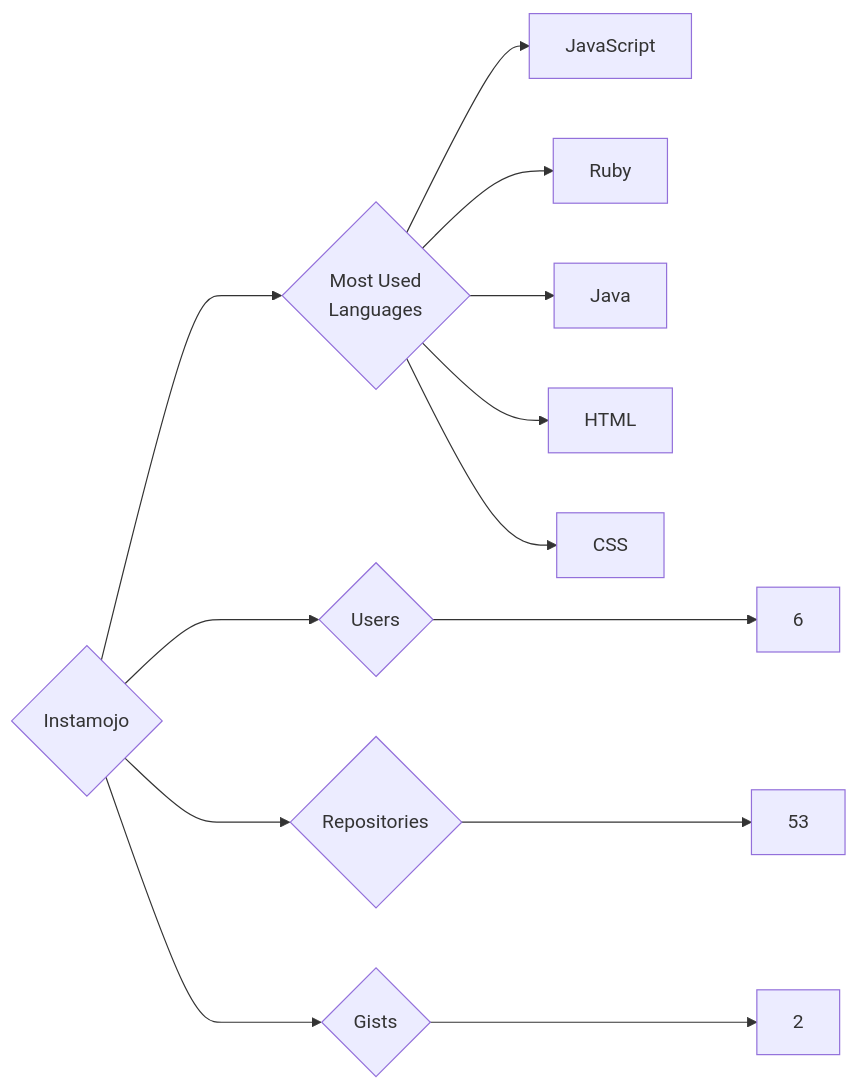
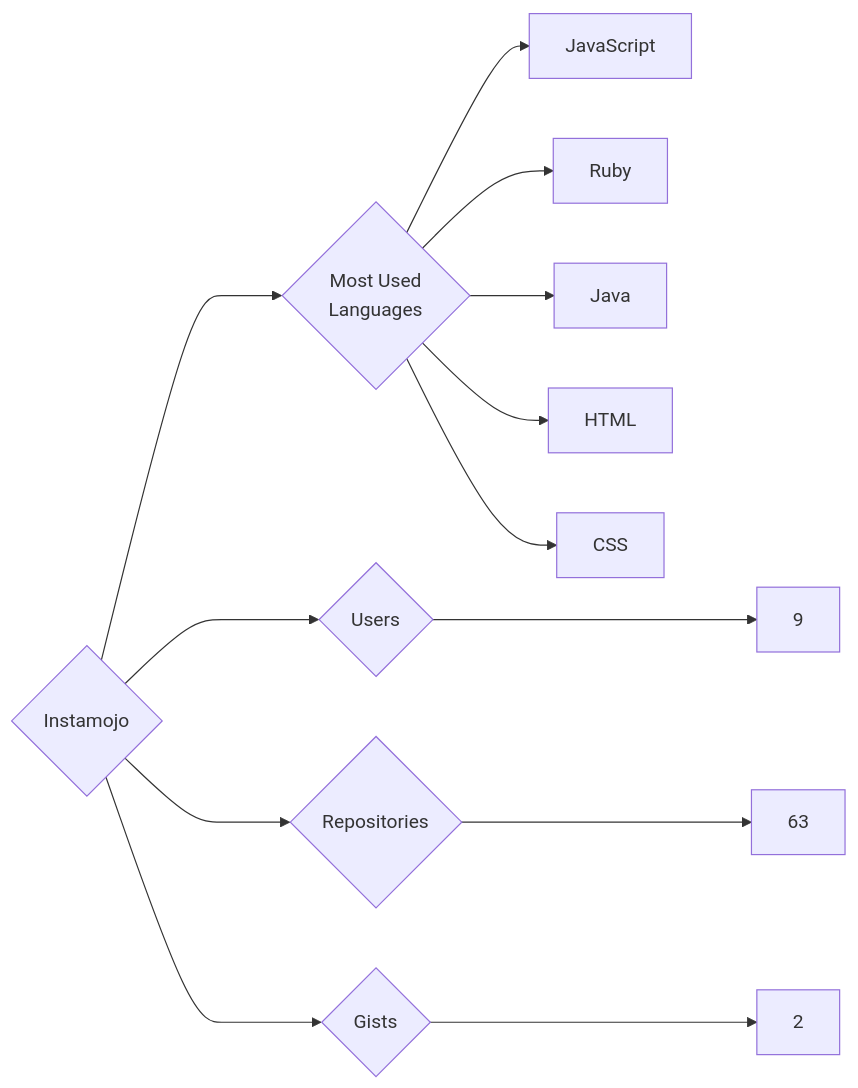
One commit to trickest/insiders changed the diagram in targets/Instamojo/README.md. Above: the diagram before and after it, drawn with Mermaid. The commit also changed 942 other files, not shown here.

````diff
--- a/targets/Instamojo/README.md
+++ b/targets/Instamojo/README.md
@@ -3,13 +3,13 @@
 ```mermaid
 graph LR
 COMPANY_NAME{Instamojo}
-COMPANY_NAME ---> U{Users} ---> UN[6]
-COMPANY_NAME ---> R{Repositories} ---> RN[53]
+COMPANY_NAME ---> U{Users} ---> UN[9]
+COMPANY_NAME ---> R{Repositories} ---> RN[63]
 COMPANY_NAME ---> G{Gists} ---> GN[2]
 COMPANY_NAME ---> ML{Most Used<br>Languages}
 ML --> JavaScript[JavaScript]
 ML --> Ruby[Ruby]
 ML --> Java[Java]
 ML --> HTML[HTML]
 ML --> CSS[CSS]
 ```
````
